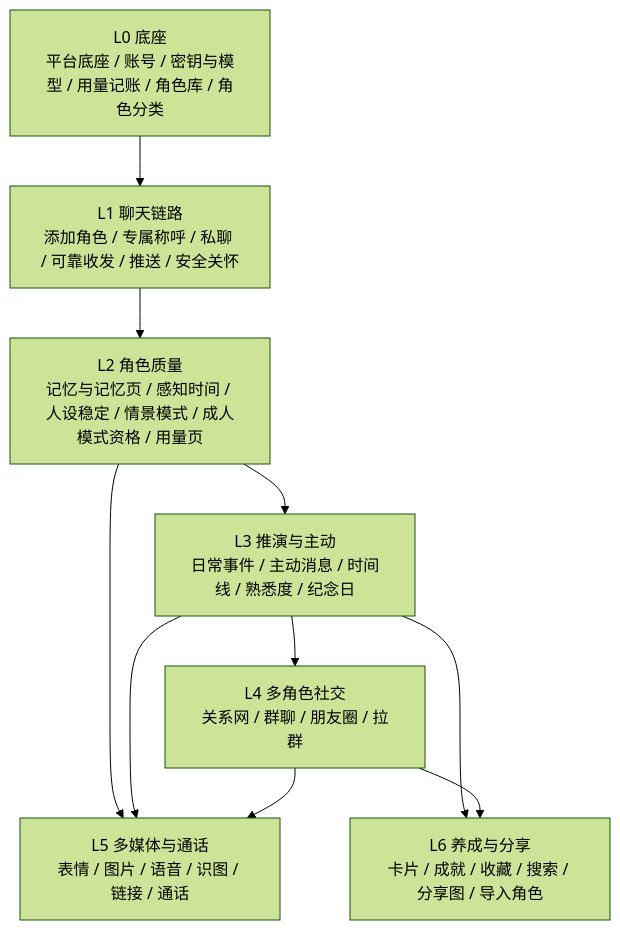
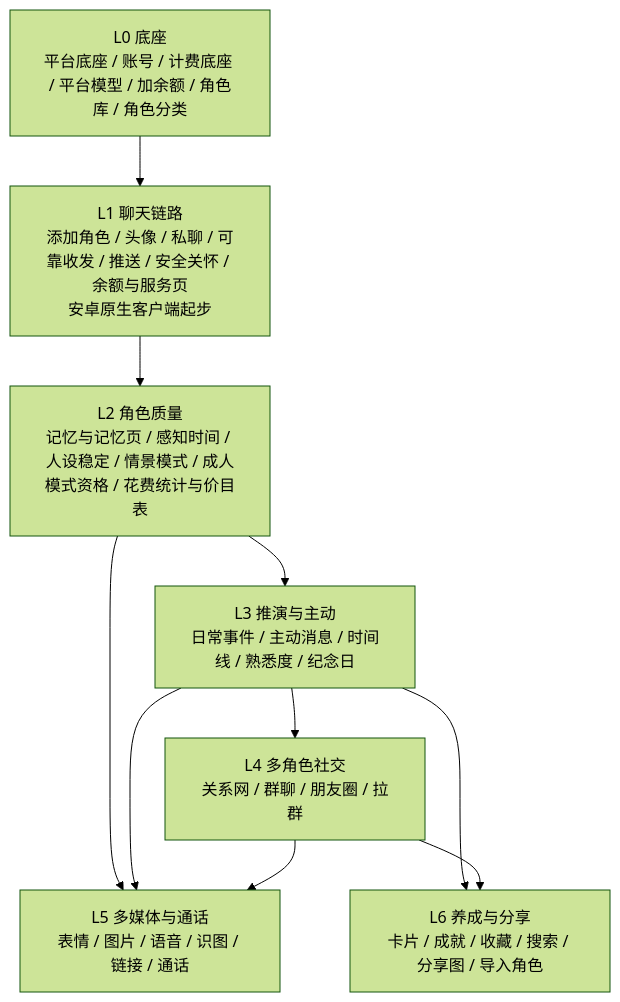
One commit to yottermanzione-ship-it/weiban changed the diagram in docs/product/prd-v1.md. Above: the diagram before and after it, drawn with Mermaid (forest theme). The commit also changed other lines of this file and 20 other files, not shown here.

````diff
--- a/docs/product/prd-v1.md
+++ b/docs/product/prd-v1.md
@@ -294,12 +347,12 @@
 ```mermaid
 graph TD
-  L0[L0 底座<br/>平台底座 / 账号 / 密钥与模型 / 用量记账 / 角色库 / 角色分类] --> L1[L1 聊天链路<br/>添加角色 / 专属称呼 / 私聊 / 可靠收发 / 推送 / 安全关怀]
-  L1 --> L2[L2 角色质量<br/>记忆与记忆页 / 感知时间 / 人设稳定 / 情景模式 / 成人模式资格 / 用量页]
+  L0[L0 底座<br/>平台底座 / 账号 / 计费底座 / 平台模型 / 加余额 / 角色库 / 角色分类] --> L1[L1 聊天链路<br/>添加角色 / 头像 / 私聊 / 可靠收发 / 推送 / 安全关怀 / 余额与服务页<br/>安卓原生客户端起步]
+  L1 --> L2[L2 角色质量<br/>记忆与记忆页 / 感知时间 / 人设稳定 / 情景模式 / 成人模式资格 / 花费统计与价目表]
   L2 --> L3[L3 推演与主动<br/>日常事件 / 主动消息 / 时间线 / 熟悉度 / 纪念日]
   L3 --> L4[L4 多角色社交<br/>关系网 / 群聊 / 朋友圈 / 拉群]
   L2 --> L5[L5 多媒体与通话<br/>表情 / 图片 / 语音 / 识图 / 链接 / 通话]
   L3 --> L5
   L4 --> L5
   L3 --> L6[L6 养成与分享<br/>卡片 / 成就 / 收藏 / 搜索 / 分享图 / 导入角色]
   L4 --> L6
 ```
````
